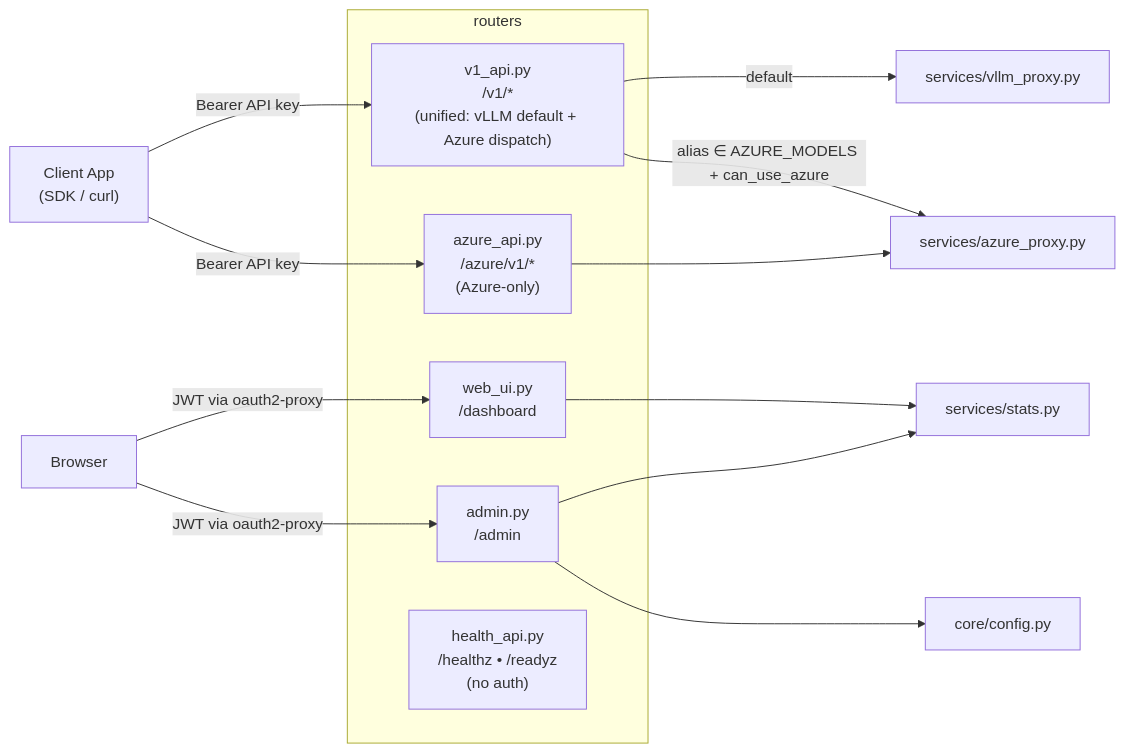
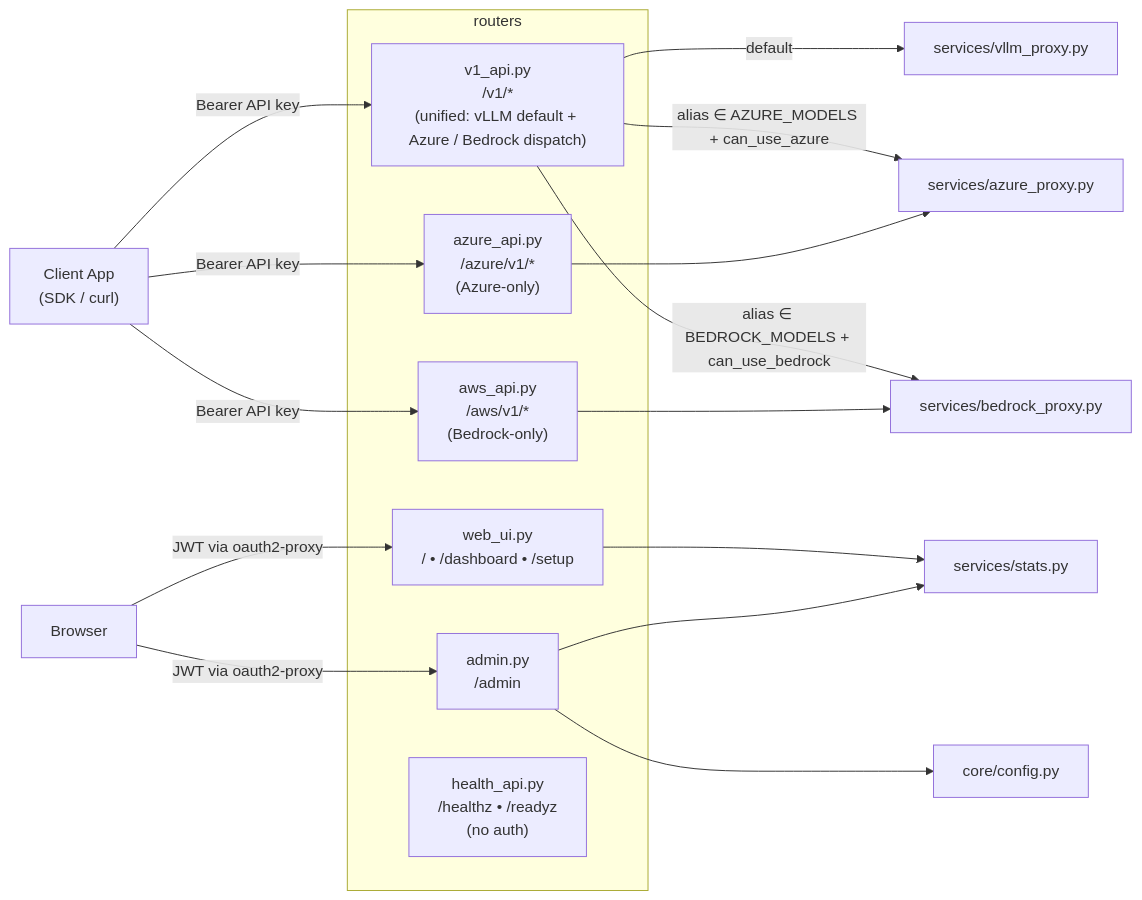
Before and after one commit to bwinken/llm-gateway: the first of 2 diagrams in app/routers/README.md, drawn with Mermaid. The commit also changed other lines of this file and 1 other file, not shown here.

````diff
--- a/app/routers/README.md
+++ b/app/routers/README.md
@@ -9,22 +9,26 @@
 ```mermaid
 graph LR
     Client["Client App<br/>(SDK / curl)"] -->|Bearer API key| v1_api
     Client -->|Bearer API key| azure_api
+    Client -->|Bearer API key| aws_api
     Browser["Browser"] -->|JWT via oauth2-proxy| web_ui
     Browser -->|JWT via oauth2-proxy| admin
 
     subgraph routers
-        v1_api["v1_api.py<br/>/v1/*<br/>(unified: vLLM default + Azure dispatch)"]
+        v1_api["v1_api.py<br/>/v1/*<br/>(unified: vLLM default + Azure / Bedrock dispatch)"]
         azure_api["azure_api.py<br/>/azure/v1/*<br/>(Azure-only)"]
-        web_ui["web_ui.py<br/>/dashboard"]
+        aws_api["aws_api.py<br/>/aws/v1/*<br/>(Bedrock-only)"]
+        web_ui["web_ui.py<br/>/ • /dashboard • /setup"]
         health_api["health_api.py<br/>/healthz • /readyz<br/>(no auth)"]
         admin["admin.py<br/>/admin"]
     end
 
     v1_api -->|default| vllm_proxy["services/vllm_proxy.py"]
     v1_api -->|alias ∈ AZURE_MODELS + can_use_azure| azure_proxy["services/azure_proxy.py"]
+    v1_api -->|alias ∈ BEDROCK_MODELS + can_use_bedrock| bedrock_proxy["services/bedrock_proxy.py"]
     azure_api --> azure_proxy
+    aws_api --> bedrock_proxy
     web_ui --> stats["services/stats.py"]
     admin --> stats
     admin --> config["core/config.py"]
 ```
````
